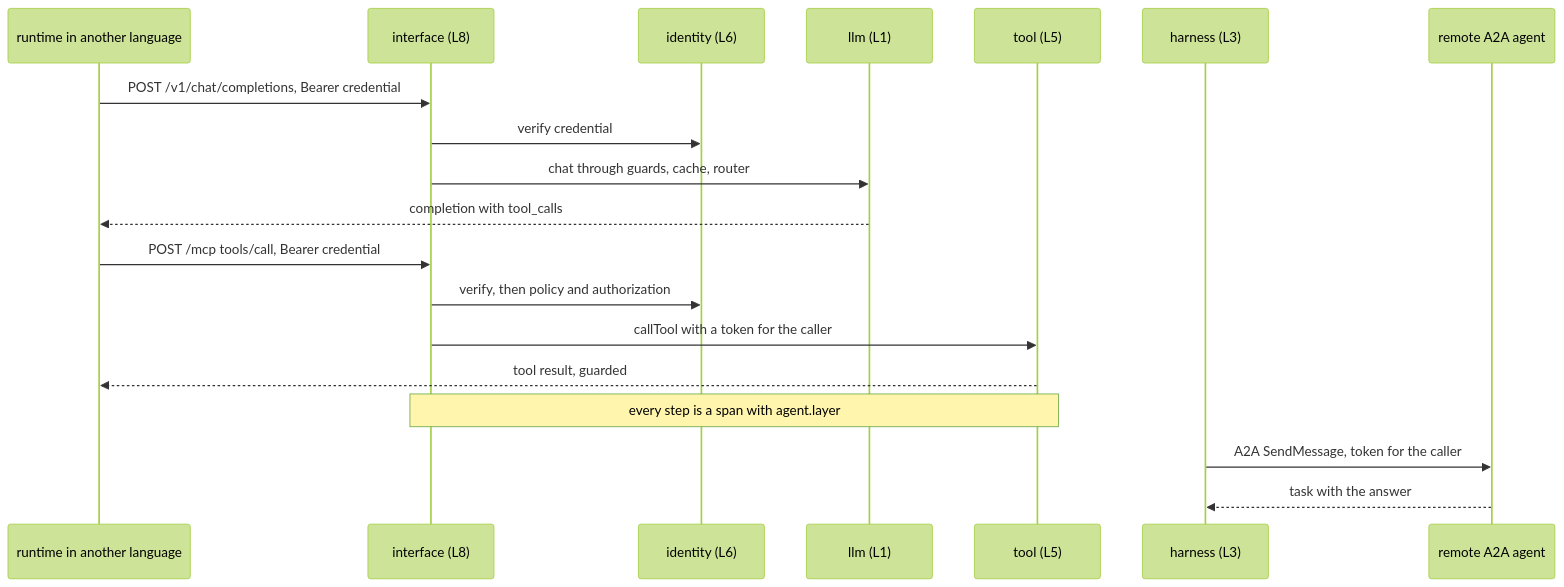
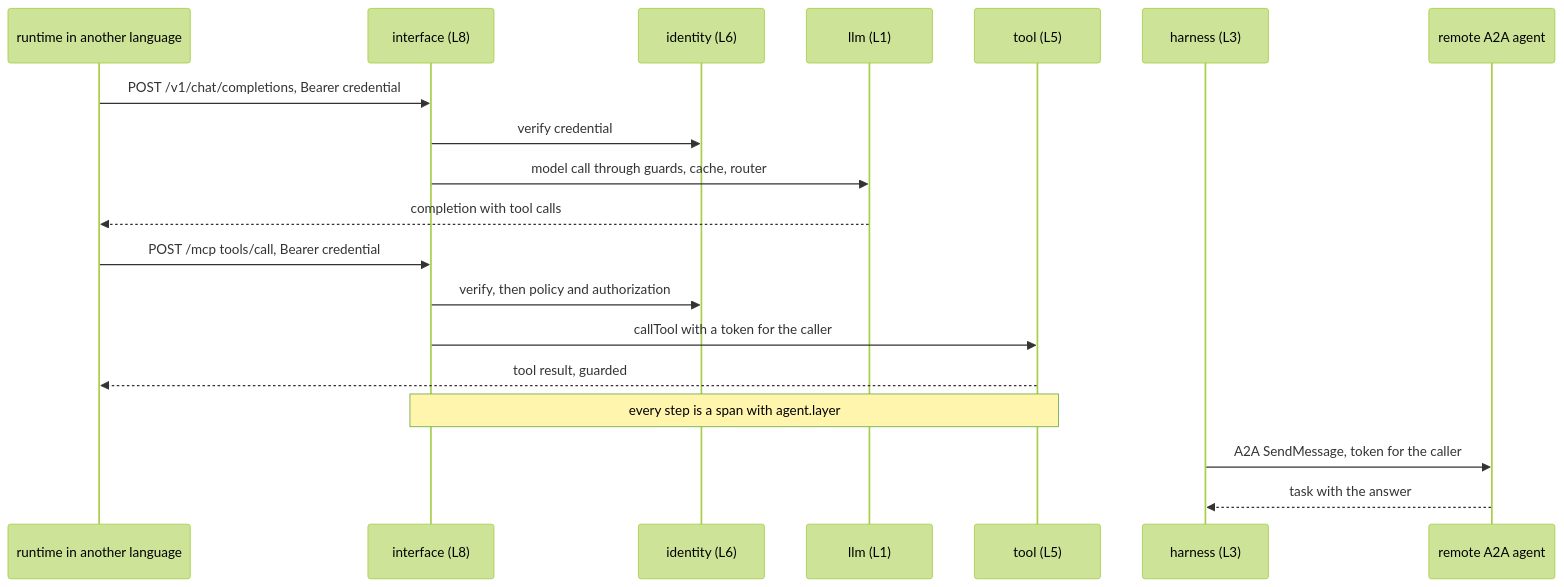
One commit to aantenore/agent-layers changed the third of 3 diagrams in docs/gateway.md. Above: the diagram before and after it, drawn with Mermaid (forest theme). The commit also changed other lines of this file and 26 other files, not shown here.

````diff
--- a/docs/gateway.md
+++ b/docs/gateway.md
@@ -131,21 +132,21 @@
 ```mermaid
 sequenceDiagram
   participant P as runtime in another language
   participant I as interface (L8)
   participant D as identity (L6)
   participant M as llm (L1)
   participant T as tool (L5)
   participant H as harness (L3)
   participant R as remote A2A agent
   P->>I: POST /v1/chat/completions, Bearer credential
   I->>D: verify credential
-  I->>M: chat through guards, cache, router
-  M-->>P: completion with tool_calls
+  I->>M: model call through guards, cache, router
+  M-->>P: completion with tool calls
   P->>I: POST /mcp tools/call, Bearer credential
   I->>D: verify, then policy and authorization
   I->>T: callTool with a token for the caller
   T-->>P: tool result, guarded
   Note over I,T: every step is a span with agent.layer
   H->>R: A2A SendMessage, token for the caller
   R-->>H: task with the answer
 ```
````
